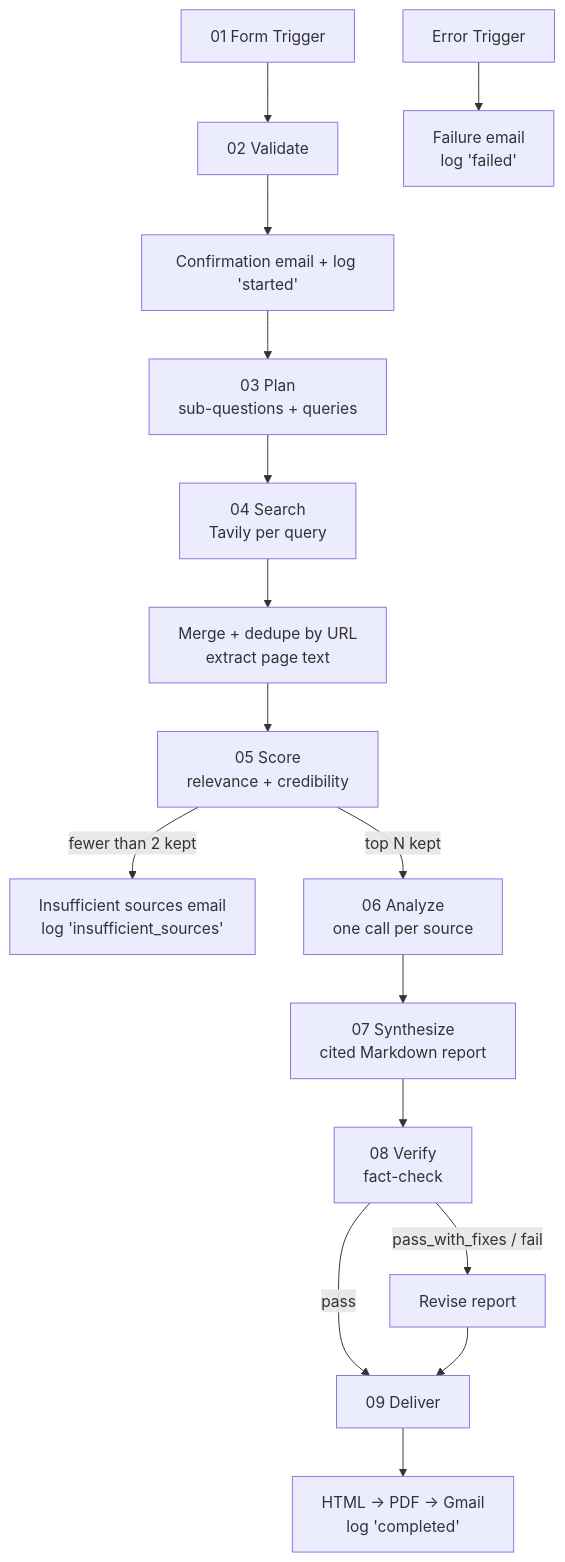
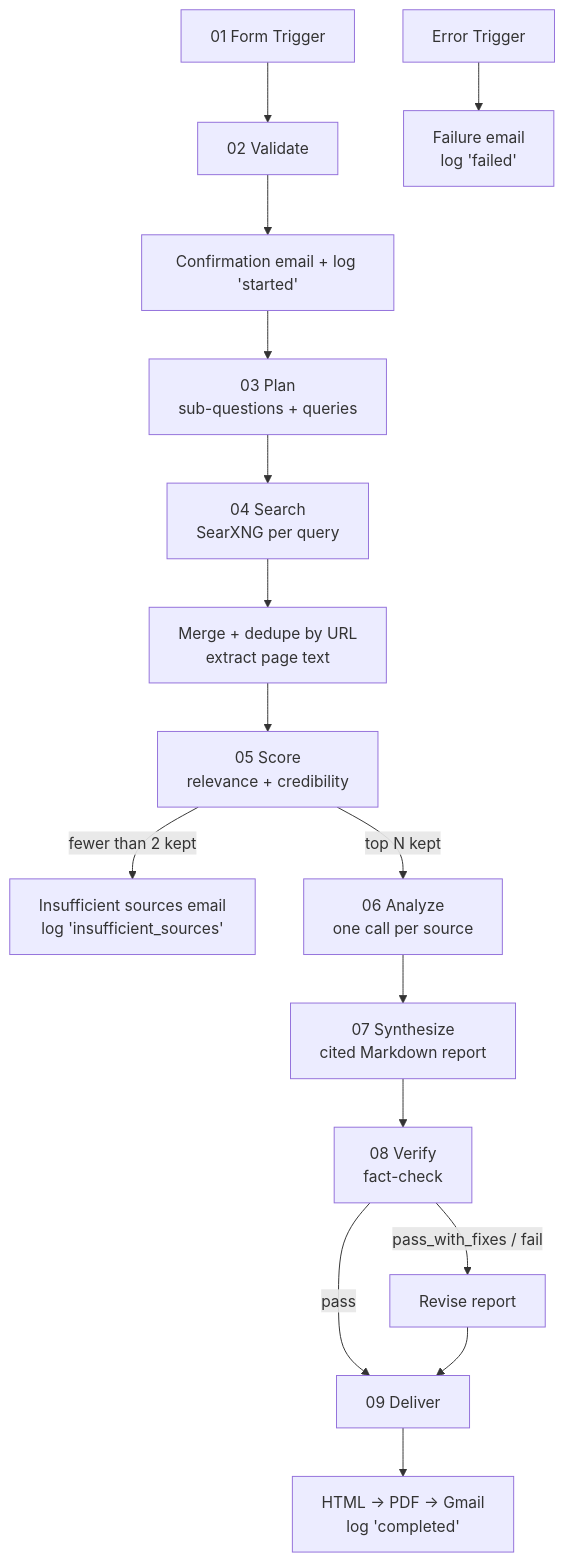
Before and after one commit to tsionbirhanu/researchflow-ai: the diagram in README.md, drawn with Mermaid. The commit also changed other lines of this file and 14 other files, not shown here.

First line of the commit message:
Use free self-hosted SearXNG for web search

````diff
--- a/README.md
+++ b/README.md
@@ -21,19 +21,19 @@
 ```mermaid
 flowchart TD
     A[01 Form Trigger] --> B[02 Validate]
     B --> C[Confirmation email + log 'started']
     C --> D[03 Plan<br/>sub-questions + queries]
-    D --> E[04 Search<br/>Tavily per query]
+    D --> E[04 Search<br/>SearXNG per query]
     E --> F[Merge + dedupe by URL<br/>extract page text]
     F --> G[05 Score<br/>relevance + credibility]
     G -->|fewer than 2 kept| X[Insufficient sources email<br/>log 'insufficient_sources']
     G -->|top N kept| H[06 Analyze<br/>one call per source]
     H --> I[07 Synthesize<br/>cited Markdown report]
     I --> J[08 Verify<br/>fact-check]
     J -->|pass| L[09 Deliver]
     J -->|pass_with_fixes / fail| K[Revise report]
     K --> L
     L --> M[HTML → PDF → Gmail<br/>log 'completed']
 
     Z[Error Trigger] --> Y[Failure email<br/>log 'failed']
 ```
````
